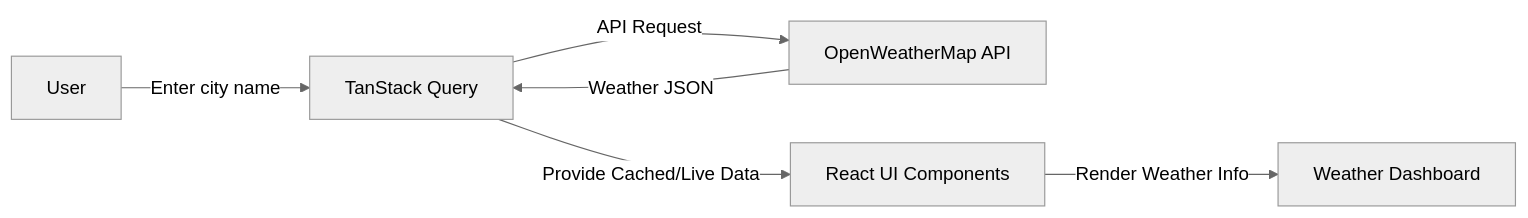
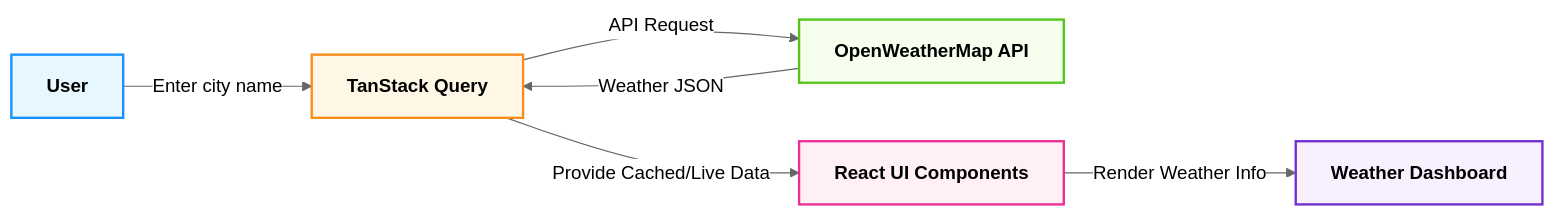
Before and after one commit to tusharAgarwal2511/Climatic: the diagram in README.md, drawn with Mermaid (neutral theme).

Commit message:
added styles to overview section

````diff
--- a/README.md
+++ b/README.md
@@ -59,9 +59,16 @@
 ```mermaid
 flowchart LR
     U[User] -->|Enter city name| T[TanStack Query]
     T -->|API Request| O[OpenWeatherMap API]
     O -->|Weather JSON| T
     T -->|Provide Cached/Live Data| R[React UI Components]
     R -->|Render Weather Info| UI[Weather Dashboard]
+
+    %% Styles
+    style U fill:#E6F7FF,stroke:#1890FF,stroke-width:2px,color:#000,font-weight:bold
+    style T fill:#FFF7E6,stroke:#FA8C16,stroke-width:2px,color:#000,font-weight:bold
+    style O fill:#F6FFED,stroke:#52C41A,stroke-width:2px,color:#000,font-weight:bold
+    style R fill:#FFF0F6,stroke:#EB2F96,stroke-width:2px,color:#000,font-weight:bold
+    style UI fill:#F9F0FF,stroke:#722ED1,stroke-width:2px,color:#000,font-weight:bold
     
 ```
````
